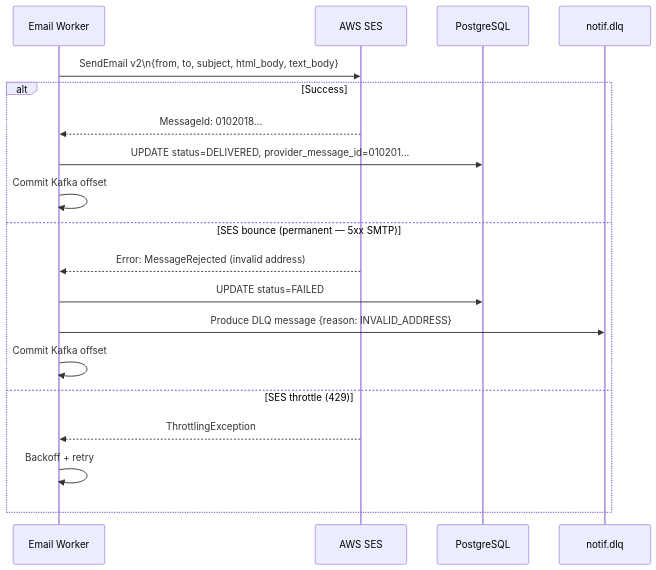
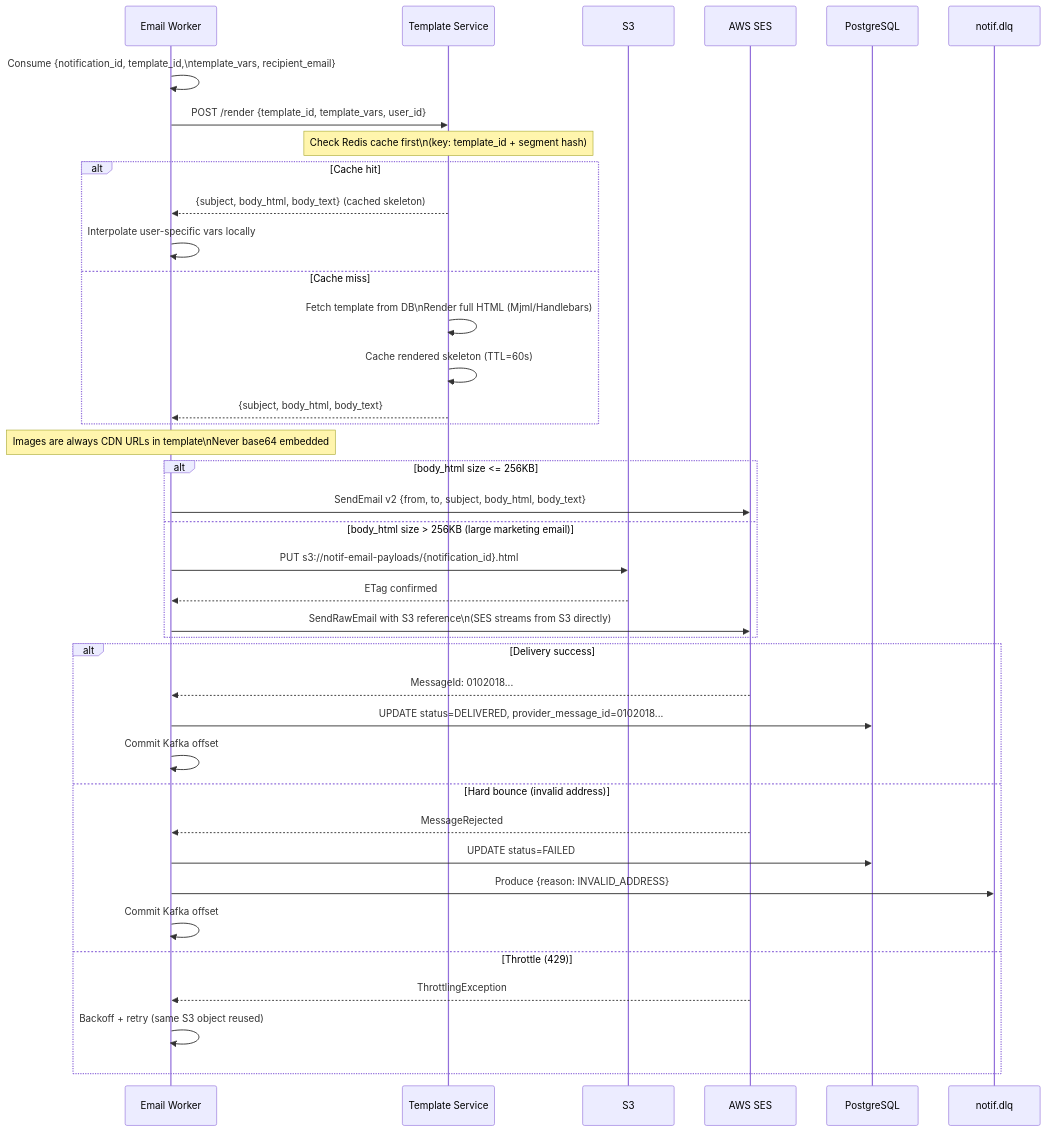
The fifth of 7 diagrams in notification-service/design/channel-workers.md (bindian0509/system-design), drawn with Mermaid before and after one commit. The commit also changed other lines of this file and 11 other files, not shown here.

Commit message:
notification service ++

````diff
--- a/notification-service/design/channel-workers.md
+++ b/notification-service/design/channel-workers.md
@@ -180,23 +204,46 @@
 ```mermaid
 sequenceDiagram
     participant Worker as Email Worker
+    participant TS as Template Service
+    participant S3 as S3
     participant SES as AWS SES
     participant PG as PostgreSQL
-    participant Kafka as notif.dlq
+    participant DLQ as notif.dlq
 
-    Worker->>SES: SendEmail v2\n{from, to, subject, html_body, text_body}
+    Worker->>Worker: Consume {notification_id, template_id,\ntemplate_vars, recipient_email}
 
-    alt Success
+    Worker->>TS: POST /render {template_id, template_vars, user_id}
+    Note over TS: Check Redis cache first\n(key: template_id + segment hash)
+    alt Cache hit
+        TS-->>Worker: {subject, body_html, body_text} (cached skeleton)
+        Worker->>Worker: Interpolate user-specific vars locally
+    else Cache miss
+        TS->>TS: Fetch template from DB\nRender full HTML (Mjml/Handlebars)
+        TS->>TS: Cache rendered skeleton (TTL=60s)
+        TS-->>Worker: {subject, body_html, body_text}
+    end
+
+    Note over Worker: Images are always CDN URLs in template\nNever base64 embedded
+
+    alt body_html size <= 256KB
+        Worker->>SES: SendEmail v2 {from, to, subject, body_html, body_text}
+    else body_html size > 256KB (large marketing email)
+        Worker->>S3: PUT s3://notif-email-payloads/{notification_id}.html
+        S3-->>Worker: ETag confirmed
+        Worker->>SES: SendRawEmail with S3 reference\n(SES streams from S3 directly)
+    end
+
+    alt Delivery success
         SES-->>Worker: MessageId: 0102018...
-        Worker->>PG: UPDATE status=DELIVERED, provider_message_id=010201...
+        Worker->>PG: UPDATE status=DELIVERED, provider_message_id=0102018...
         Worker->>Worker: Commit Kafka offset
-    else SES bounce (permanent — 5xx SMTP)
-        SES-->>Worker: Error: MessageRejected (invalid address)
+    else Hard bounce (invalid address)
+        SES-->>Worker: MessageRejected
         Worker->>PG: UPDATE status=FAILED
-        Worker->>Kafka: Produce DLQ message {reason: INVALID_ADDRESS}
+        Worker->>DLQ: Produce {reason: INVALID_ADDRESS}
         Worker->>Worker: Commit Kafka offset
-    else SES throttle (429)
+    else Throttle (429)
         SES-->>Worker: ThrottlingException
-        Worker->>Worker: Backoff + retry
+        Worker->>Worker: Backoff + retry (same S3 object reused)
     end
 ```
````
